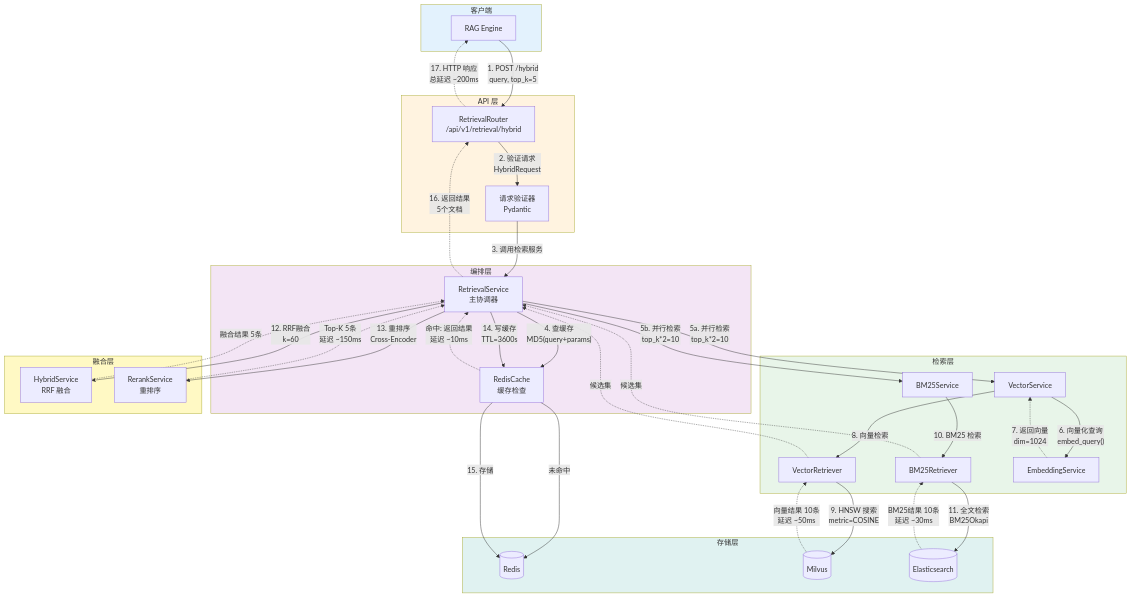
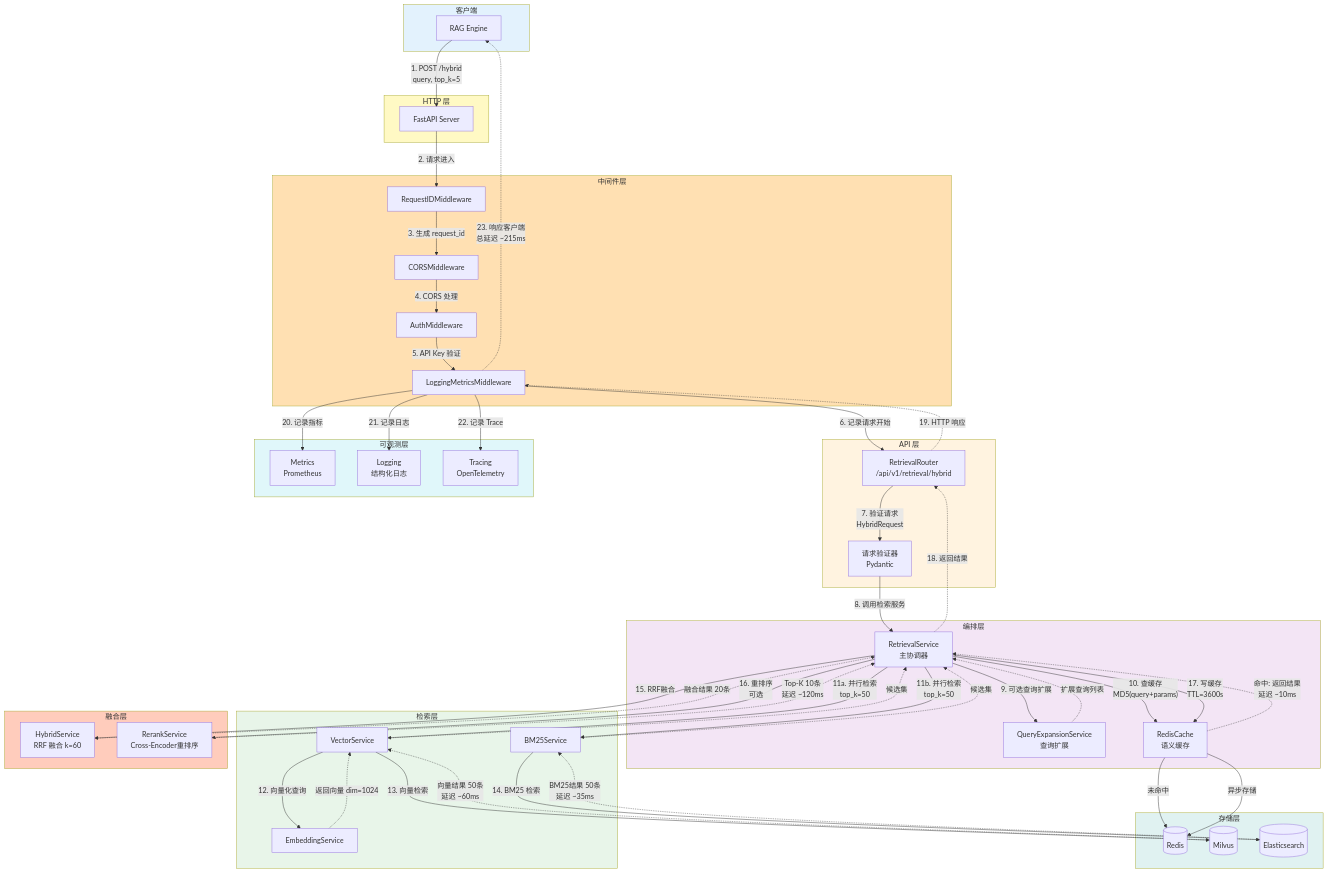
Before and after one commit to haoyunlt/VoiceAssistant: the second of 9 diagrams in docs/VoiceHelper-13-Retrieval-Service.md, drawn with Mermaid. The commit also changed other lines of this file and 162 other files, not shown here.

````diff
--- a/docs/VoiceHelper-13-Retrieval-Service.md
+++ b/docs/VoiceHelper-13-Retrieval-Service.md
@@ -347,6 +331,17 @@
 flowchart TB
     subgraph Client["客户端"]
         RAG["RAG Engine"]
+    end
+
+    subgraph HTTP["HTTP 层"]
+        FastAPI["FastAPI Server"]
+    end
+
+    subgraph Middleware["中间件层"]
+        ReqID["RequestIDMiddleware"]
+        CORS["CORSMiddleware"]
+        Auth["AuthMiddleware"]
+        LogMw["LoggingMetricsMiddleware"]
     end
 
     subgraph API["API 层"]
@@ -356,20 +351,25 @@
 
     subgraph Orchestration["编排层"]
         RetSvc["RetrievalService<br/>主协调器"]
-        Cache["RedisCache<br/>缓存检查"]
+        QueryExp["QueryExpansionService<br/>查询扩展"]
+        Cache["RedisCache<br/>语义缓存"]
     end
 
     subgraph Retrieval["检索层"]
         VecSvc["VectorService"]
         BM25Svc["BM25Service"]
-        VecRet["VectorRetriever"]
-        BM25Ret["BM25Retriever"]
         EmbSvc["EmbeddingService"]
     end
 
     subgraph Fusion["融合层"]
-        Hybrid["HybridService<br/>RRF 融合"]
-        Rerank["RerankService<br/>重排序"]
+        Hybrid["HybridService<br/>RRF 融合 k=60"]
+        Rerank["RerankService<br/>Cross-Encoder重排序"]
+    end
+
+    subgraph Observability["可观测层"]
+        Metrics["Metrics<br/>Prometheus"]
+        Logging["Logging<br/>结构化日志"]
+        Tracing["Tracing<br/>OpenTelemetry"]
     end
 
     subgraph Storage["存储层"]
@@ -378,46 +378,60 @@
         ES[("Elasticsearch")]
     end
 
-    RAG -->|"1. POST /hybrid<br/>query, top_k=5"| Router
-    Router -->|"2. 验证请求<br/>HybridRequest"| Validator
-    Validator -->|"3. 调用检索服务"| RetSvc
+    RAG -->|"1. POST /hybrid<br/>query, top_k=5"| FastAPI
+    FastAPI -->|"2. 请求进入"| ReqID
+    ReqID -->|"3. 生成 request_id"| CORS
+    CORS -->|"4. CORS 处理"| Auth
+    Auth -->|"5. API Key 验证"| LogMw
+    LogMw -->|"6. 记录请求开始"| Router
 
-    RetSvc -->|"4. 查缓存<br/>MD5(query+params)"| Cache
+    Router -->|"7. 验证请求<br/>HybridRequest"| Validator
+    Validator -->|"8. 调用检索服务"| RetSvc
+
+    RetSvc -->|"9. 可选查询扩展"| QueryExp
+    QueryExp -.->|"扩展查询列表"| RetSvc
+
+    RetSvc -->|"10. 查缓存<br/>MD5(query+params)"| Cache
     Cache -.->|"命中: 返回结果<br/>延迟 ~10ms"| RetSvc
     Cache -->|"未命中"| Redis
 
-    RetSvc -->|"5a. 并行检索<br/>top_k*2=10"| VecSvc
-    RetSvc -->|"5b. 并行检索<br/>top_k*2=10"| BM25Svc
+    RetSvc -->|"11a. 并行检索<br/>top_k=50"| VecSvc
+    RetSvc -->|"11b. 并行检索<br/>top_k=50"| BM25Svc
 
-    VecSvc -->|"6. 向量化查询<br/>embed_query()"| EmbSvc
-    EmbSvc -.->|"7. 返回向量<br/>dim=1024"| VecSvc
-    VecSvc -->|"8. 向量检索"| VecRet
-    VecRet -->|"9. HNSW 搜索<br/>metric=COSINE"| Milvus
+    VecSvc -->|"12. 向量化查询"| EmbSvc
+    EmbSvc -.->|"返回向量 dim=1024"| VecSvc
+    VecSvc -->|"13. 向量检索"| Milvus
+    Milvus -.->|"向量结果 50条<br/>延迟 ~60ms"| VecSvc
 
-    BM25Svc -->|"10. BM25 检索"| BM25Ret
-    BM25Ret -->|"11. 全文检索<br/>BM25Okapi"| ES
+    BM25Svc -->|"14. BM25 检索"| ES
+    ES -.->|"BM25结果 50条<br/>延迟 ~35ms"| BM25Svc
 
-    Milvus -.->|"向量结果 10条<br/>延迟 ~50ms"| VecRet
-    ES -.->|"BM25结果 10条<br/>延迟 ~30ms"| BM25Ret
-    VecRet -.->|"候选集"| RetSvc
-    BM25Ret -.->|"候选集"| RetSvc
+    VecSvc -.->|"候选集"| RetSvc
+    BM25Svc -.->|"候选集"| RetSvc
 
-    RetSvc -->|"12. RRF融合<br/>k=60"| Hybrid
-    Hybrid -.->|"融合结果 5条"| RetSvc
+    RetSvc -->|"15. RRF融合"| Hybrid
+    Hybrid -.->|"融合结果 20条"| RetSvc
 
-    RetSvc -->|"13. 重排序<br/>Cross-Encoder"| Rerank
-    Rerank -.->|"Top-K 5条<br/>延迟 ~150ms"| RetSvc
+    RetSvc -->|"16. 重排序<br/>可选"| Rerank
+    Rerank -.->|"Top-K 10条<br/>延迟 ~120ms"| RetSvc
 
-    RetSvc -->|"14. 写缓存<br/>TTL=3600s"| Cache
-    Cache -->|"15. 存储"| Redis
+    RetSvc -->|"17. 写缓存<br/>TTL=3600s"| Cache
+    Cache -->|"异步存储"| Redis
 
-    RetSvc -.->|"16. 返回结果<br/>5个文档"| Router
-    Router -.->|"17. HTTP 响应<br/>总延迟 ~200ms"| RAG
+    RetSvc -.->|"18. 返回结果"| Router
+    Router -.->|"19. HTTP 响应"| LogMw
+    LogMw -->|"20. 记录指标"| Metrics
+    LogMw -->|"21. 记录日志"| Logging
+    LogMw -->|"22. 记录 Trace"| Tracing
+    LogMw -.->|"23. 响应客户端<br/>总延迟 ~215ms"| RAG
 
     style Client fill:#e3f2fd
+    style HTTP fill:#fff9c4
+    style Middleware fill:#ffe0b2
     style API fill:#fff3e0
     style Orchestration fill:#f3e5f5
     style Retrieval fill:#e8f5e9
-    style Fusion fill:#fff9c4
+    style Fusion fill:#ffccbc
+    style Observability fill:#e0f7fa
     style Storage fill:#e0f2f1
 ```
````
